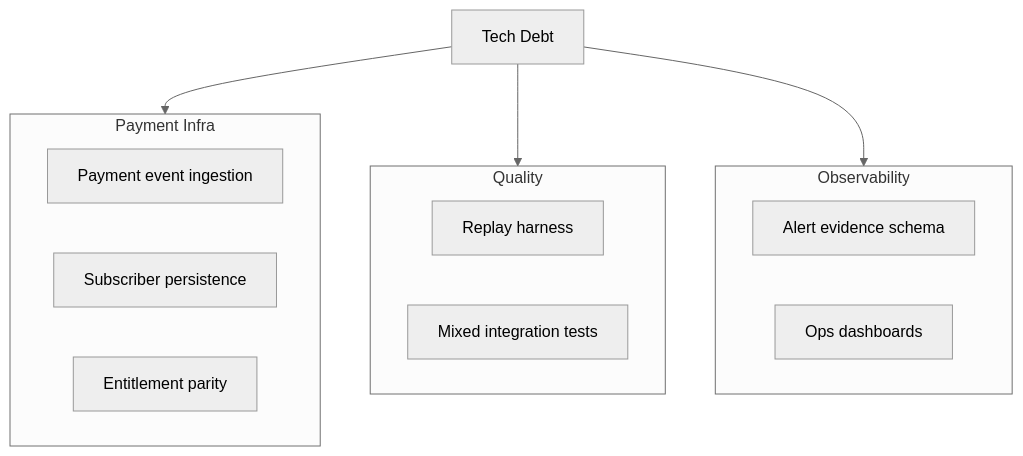
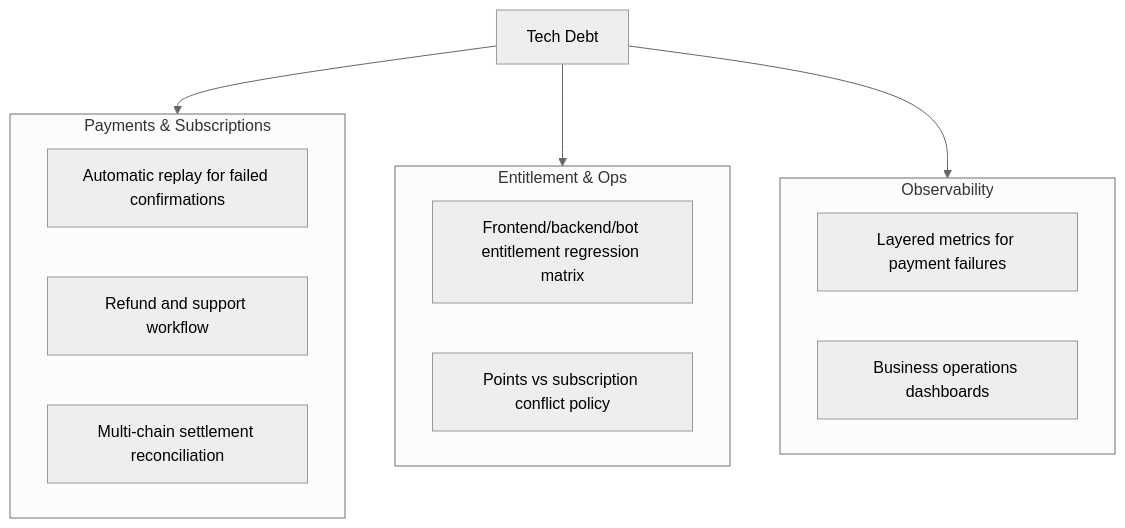
Before and after one commit to ivanmladek/PolyWeather: the diagram in docs/TECH_DEBT.md, drawn with Mermaid (neutral theme). The commit also changed other lines of this file and 10 other files, not shown here.

Commit message:
feat: Introduce open-core policy, commercialization, and payment verification documentation, and update README with new product status, payment architecture, and documentation index.

````diff
--- a/docs/TECH_DEBT.md
+++ b/docs/TECH_DEBT.md
@@ -11,24 +11,24 @@
 ```mermaid
 flowchart TD
     A["Tech Debt"]
 
-    subgraph PI["Payment Infra"]
-        PI1["Payment event ingestion"]
-        PI2["Subscriber persistence"]
-        PI3["Entitlement parity"]
+    subgraph P["Payments & Subscriptions"]
+        P1["Automatic replay for failed confirmations"]
+        P2["Refund and support workflow"]
+        P3["Multi-chain settlement reconciliation"]
     end
 
-    subgraph Q["Quality"]
-        Q1["Replay harness"]
-        Q2["Mixed integration tests"]
+    subgraph E["Entitlement & Ops"]
+        E1["Frontend/backend/bot entitlement regression matrix"]
+        E2["Points vs subscription conflict policy"]
     end
 
     subgraph O["Observability"]
-        O1["Alert evidence schema"]
-        O2["Ops dashboards"]
+        O1["Layered metrics for payment failures"]
+        O2["Business operations dashboards"]
     end
 
-    A --> PI
-    A --> Q
+    A --> P
+    A --> E
     A --> O
 ```
````
